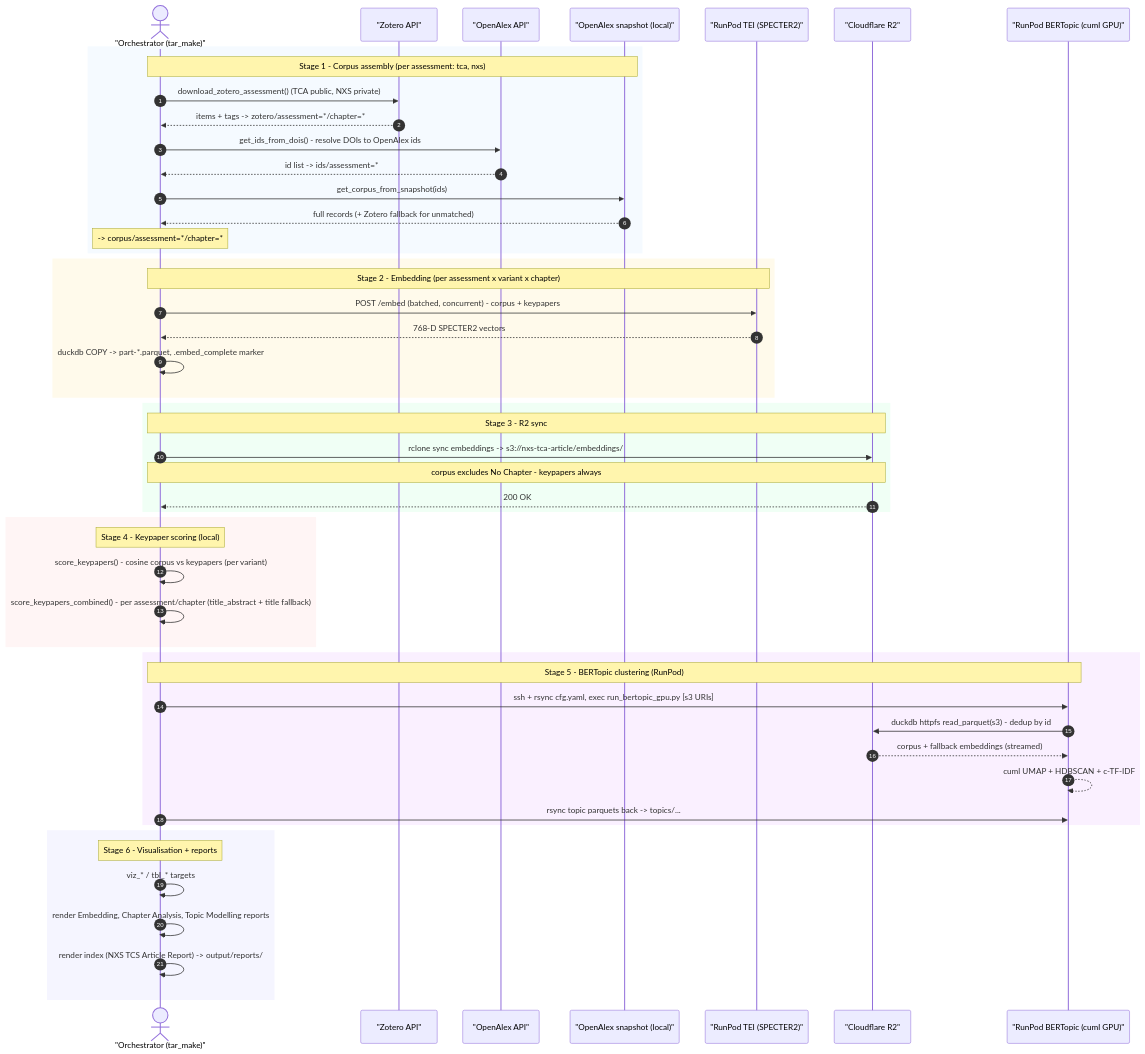
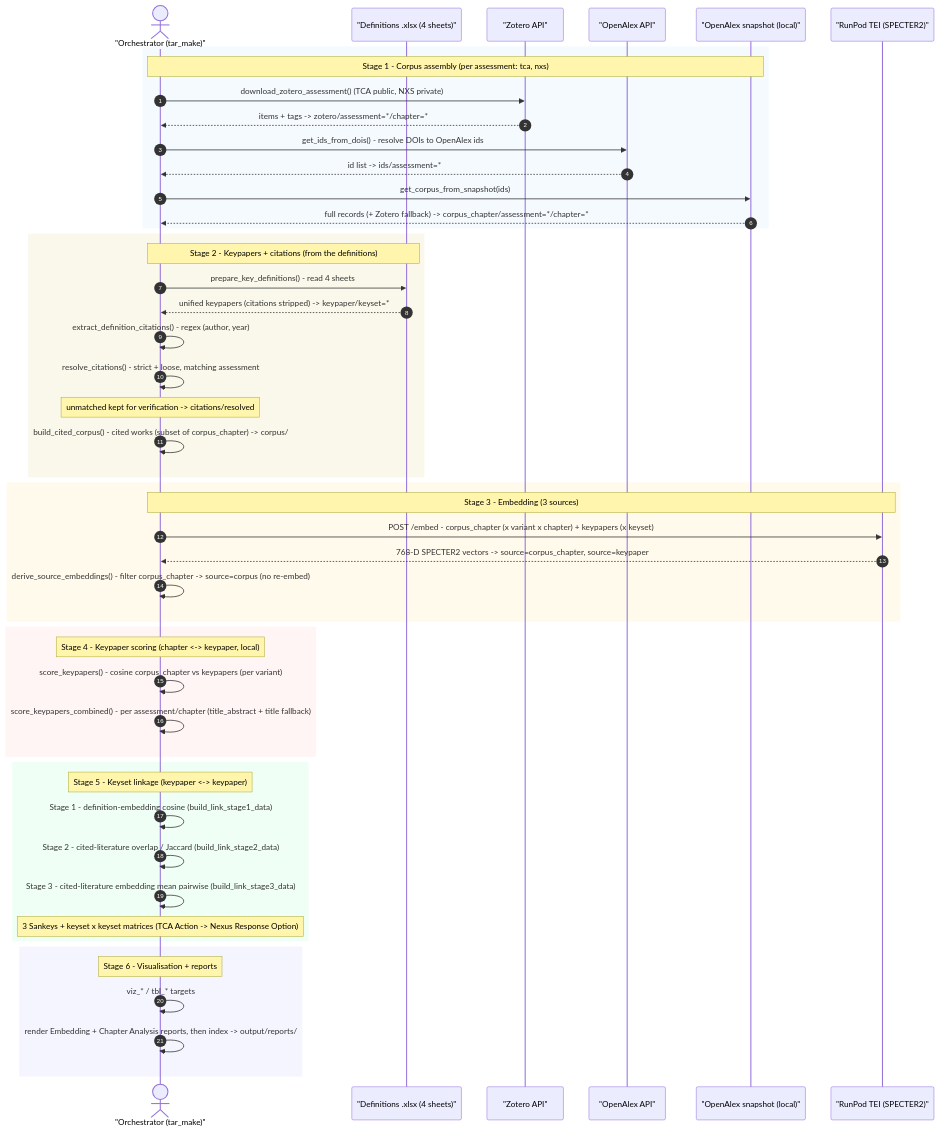
The diagram in input/mmd/sequence.mmd (rkrug/NXS_TCA_Article), drawn with Mermaid before and after one commit. The commit also changed 27 other files, not shown here.

First line of the commit message:
Citation extraction/resolution, keyset linkage sankeys, interactive Cliff's delta + keypaper heatmap

```diff
--- a/input/mmd/sequence.mmd
+++ b/input/mmd/sequence.mmd
@@ -1,58 +1,57 @@
 
 sequenceDiagram
   autonumber
 
   actor       Orch as "Orchestrator (tar_make)"
+  participant XL   as "Definitions .xlsx (4 sheets)"
   participant ZO   as "Zotero API"
   participant OA   as "OpenAlex API"
   participant SS   as "OpenAlex snapshot (local)"
   participant TEI  as "RunPod TEI (SPECTER2)"
-  participant R2   as "Cloudflare R2"
-  participant BT   as "RunPod BERTopic (cuml GPU)"
 
   rect rgb(245,250,255)
     note over Orch,SS: Stage 1 - Corpus assembly (per assessment: tca, nxs)
     Orch ->> ZO:  download_zotero_assessment() (TCA public, NXS private)
     ZO  -->> Orch: items + tags -> zotero/assessment=*/chapter=*
     Orch ->> OA:  get_ids_from_dois() - resolve DOIs to OpenAlex ids
     OA  -->> Orch: id list -> ids/assessment=*
     Orch ->> SS:  get_corpus_from_snapshot(ids)
-    SS  -->> Orch: full records (+ Zotero fallback for unmatched)
-    note over Orch: -> corpus/assessment=*/chapter=*
+    SS  -->> Orch: full records (+ Zotero fallback) -> corpus_chapter/assessment=*/chapter=*
+  end
+
+  rect rgb(250,248,235)
+    note over Orch,XL: Stage 2 - Keypapers + citations (from the definitions)
+    Orch ->> XL: prepare_key_definitions() - read 4 sheets
+    XL  -->> Orch: unified keypapers (citations stripped) -> keypaper/keyset=*
+    Orch ->> Orch: extract_definition_citations() - regex (author, year)
+    Orch ->> Orch: resolve_citations() - strict + loose, matching assessment
+    note over Orch: unmatched kept for verification -> citations/resolved
+    Orch ->> Orch: build_cited_corpus() - cited works (subset of corpus_chapter) -> corpus/
   end
 
   rect rgb(255,250,235)
-    note over Orch,TEI: Stage 2 - Embedding (per assessment x variant x chapter)
-    Orch ->> TEI: POST /embed (batched, concurrent) - corpus + keypapers
-    TEI -->> Orch: 768-D SPECTER2 vectors
-    Orch ->> Orch: duckdb COPY -> part-*.parquet, .embed_complete marker
+    note over Orch,TEI: Stage 3 - Embedding (3 sources)
+    Orch ->> TEI: POST /embed - corpus_chapter (x variant x chapter) + keypapers (x keyset)
+    TEI -->> Orch: 768-D SPECTER2 vectors -> source=corpus_chapter, source=keypaper
+    Orch ->> Orch: derive_source_embeddings() - filter corpus_chapter -> source=corpus (no re-embed)
+  end
+
+  rect rgb(255,245,245)
+    note over Orch: Stage 4 - Keypaper scoring (chapter <-> keypaper, local)
+    Orch ->> Orch: score_keypapers() - cosine corpus_chapter vs keypapers (per variant)
+    Orch ->> Orch: score_keypapers_combined() - per assessment/chapter (title_abstract + title fallback)
   end
 
   rect rgb(240,255,245)
-    note over Orch,R2: Stage 3 - R2 sync
-    Orch ->> R2: rclone sync embeddings -> s3://nxs-tca-article/embeddings/
-    note over Orch,R2: corpus excludes No Chapter - keypapers always
-    R2  -->> Orch: 200 OK
-  end
-
-  rect rgb(255,245,245)
-    note over Orch: Stage 4 - Keypaper scoring (local)
-    Orch ->> Orch: score_keypapers() - cosine corpus vs keypapers (per variant)
-    Orch ->> Orch: score_keypapers_combined() - per assessment/chapter (title_abstract + title fallback)
-  end
-
-  rect rgb(250,240,255)
-    note over Orch,BT: Stage 5 - BERTopic clustering (RunPod)
-    Orch ->> BT: ssh + rsync cfg.yaml, exec run_bertopic_gpu.py [s3 URIs]
-    BT  ->> R2:  duckdb httpfs read_parquet(s3) - dedup by id
-    R2  -->> BT: corpus + fallback embeddings (streamed)
-    BT  -->> BT: cuml UMAP + HDBSCAN + c-TF-IDF
-    Orch ->> BT: rsync topic parquets back -> topics/...
+    note over Orch: Stage 5 - Keyset linkage (keypaper <-> keypaper)
+    Orch ->> Orch: Stage 1 - definition-embedding cosine (build_link_stage1_data)
+    Orch ->> Orch: Stage 2 - cited-literature overlap / Jaccard (build_link_stage2_data)
+    Orch ->> Orch: Stage 3 - cited-literature embedding mean pairwise (build_link_stage3_data)
+    note over Orch: 3 Sankeys + keyset x keyset matrices (TCA Action -> Nexus Response Option)
   end
 
   rect rgb(245,245,255)
     note over Orch: Stage 6 - Visualisation + reports
     Orch ->> Orch: viz_* / tbl_* targets
-    Orch ->> Orch: render Embedding, Chapter Analysis, Topic Modelling reports
-    Orch ->> Orch: render index (NXS TCS Article Report) -> output/reports/
+    Orch ->> Orch: render Embedding + Chapter Analysis reports, then index -> output/reports/
   end
```
